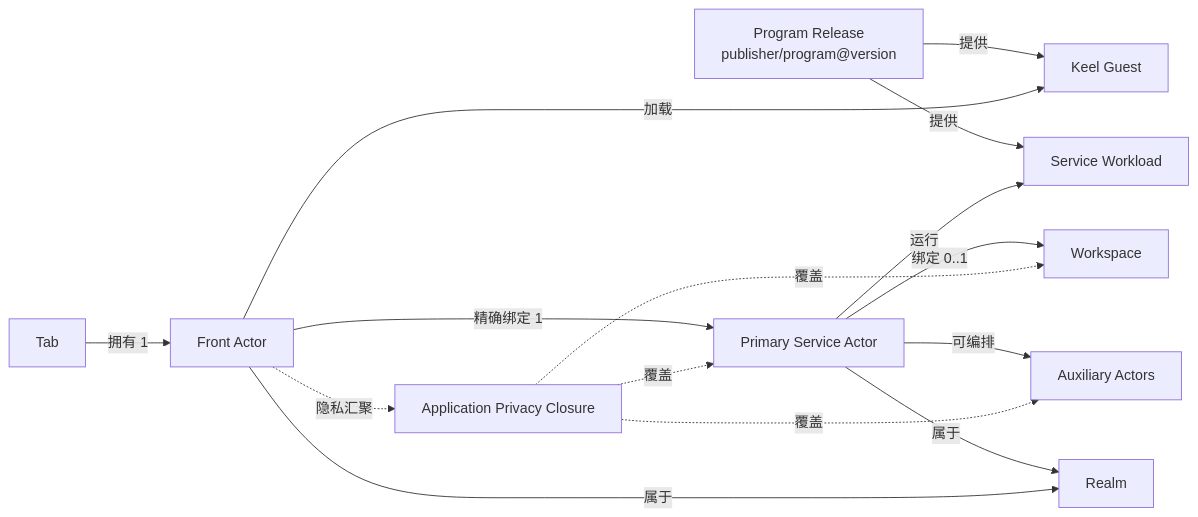
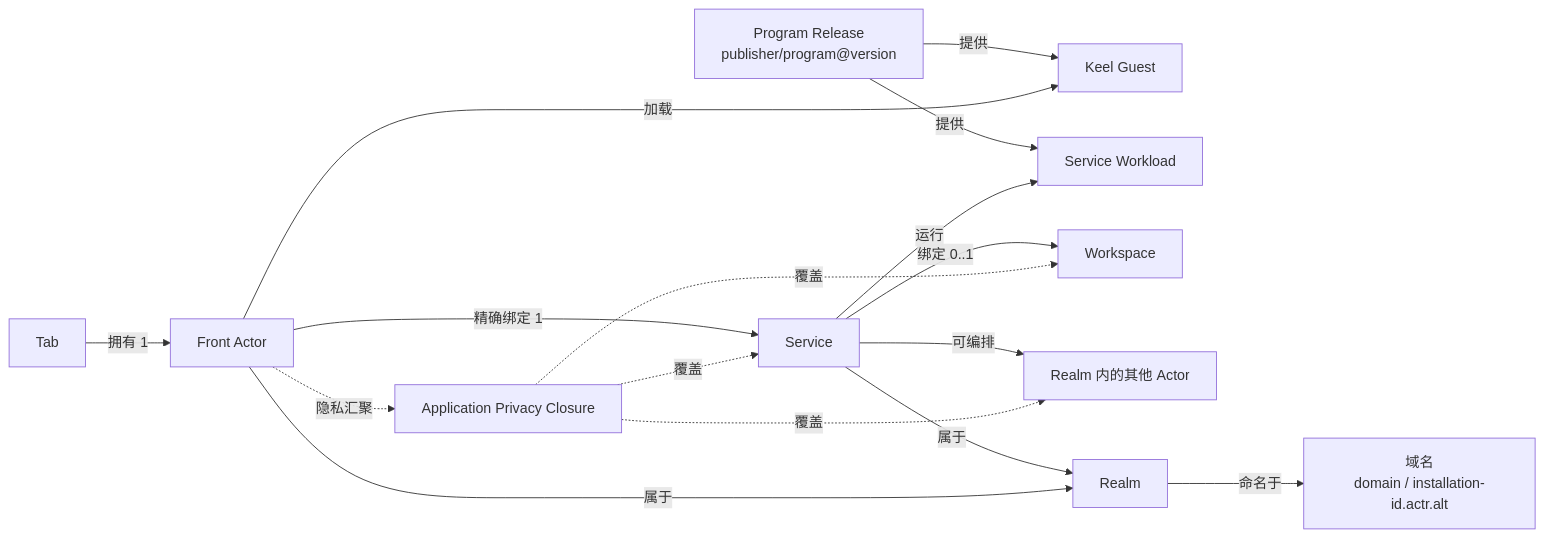
One commit to Actrium/actrium changed the diagram in docs/product/actrium-v1/02-domain-model.zh.md. Above: the diagram before and after it, drawn with Mermaid. The commit also changed other lines of this file and 895 other files, not shown here.

````diff
--- a/docs/product/actrium-v1/02-domain-model.zh.md
+++ b/docs/product/actrium-v1/02-domain-model.zh.md
@@ -5,17 +5,18 @@
 ```mermaid
 flowchart LR
     P["Program Release<br/>publisher/program@version"] -->|提供| G["Keel Guest"]
     P -->|提供| W["Service Workload"]
     T["Tab"] -->|拥有 1| F["Front Actor"]
     F -->|加载| G
-    F -->|精确绑定 1| S["Primary Service Actor"]
+    F -->|精确绑定 1| S["Service"]
     S -->|运行| W
     S -->|绑定 0..1| WS["Workspace"]
-    S -->|可编排| A["Auxiliary Actors"]
+    S -->|可编排| A["Realm 内的其他 Actor"]
     S -->|属于| R["Realm"]
     F -->|属于| R
+    R -->|命名于| NS["域名<br/>domain / installation-id.actr.alt"]
     F -.隐私汇聚.-> PRIV["Application Privacy Closure"]
     PRIV -.覆盖.-> S
     PRIV -.覆盖.-> A
     PRIV -.覆盖.-> WS
 ```
````
